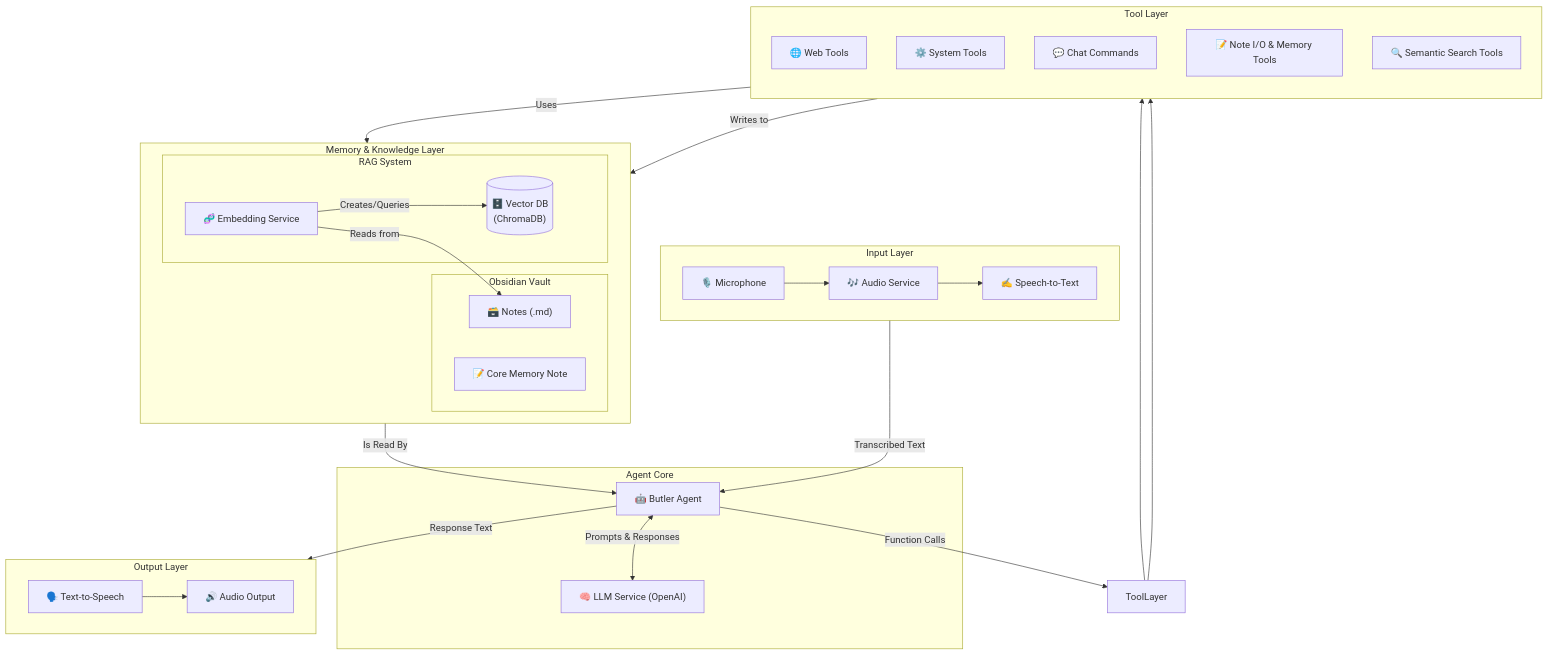
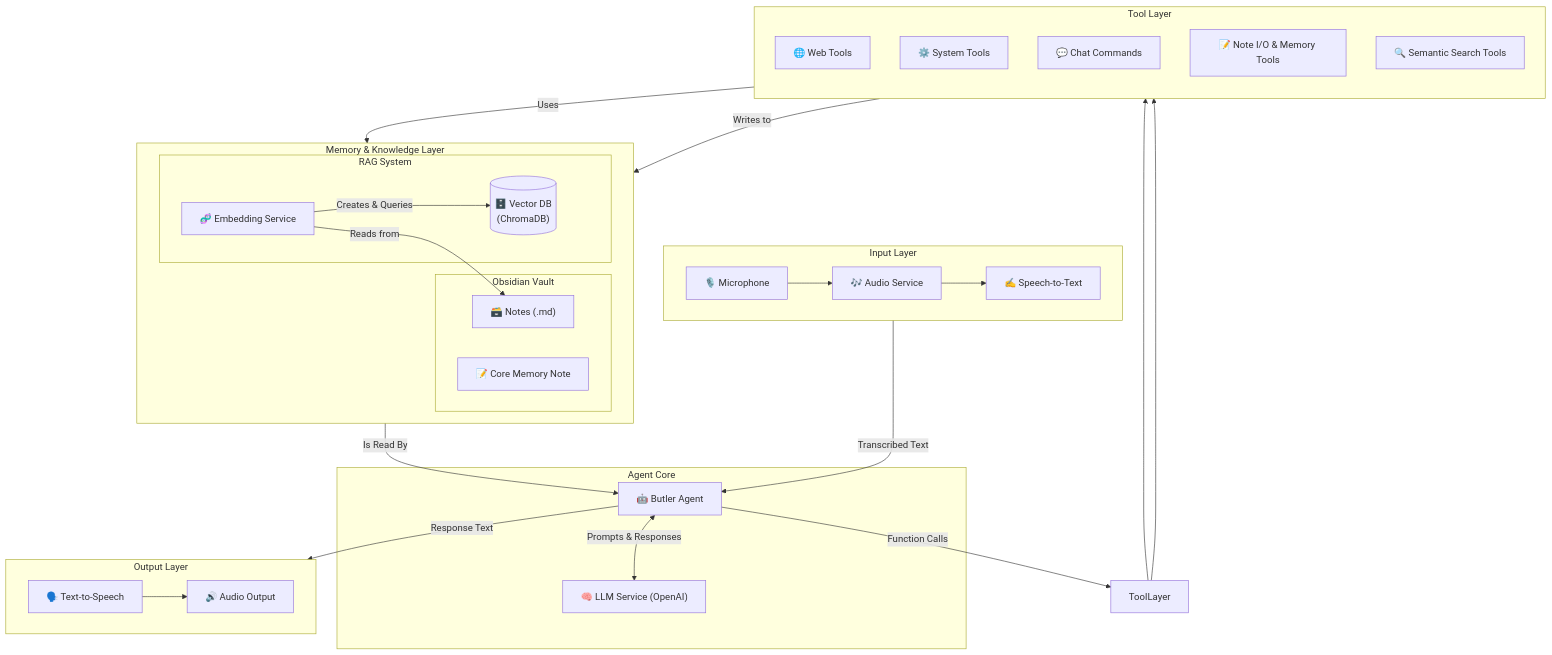
One commit to PetarKing/butler-assistant changed the diagram in README.md. Above: the diagram before and after it, drawn with Mermaid.

Commit message:
ReadMe misc fix

````diff
--- a/README.md
+++ b/README.md
@@ -266,52 +266,52 @@
 ```mermaid
 graph TD
     subgraph "Input Layer"
         direction LR
         Mic["🎙️ Microphone"] --> AudioService["🎶 Audio Service"]
         AudioService --> STT["✍️ Speech-to-Text"]
     end
 
     subgraph "Agent Core"
         ButlerAgent["🤖 Butler Agent"]
         LLM["🧠 LLM Service (OpenAI)"]
         ButlerAgent <-->|Prompts & Responses| LLM
     end
 
     subgraph "Memory & Knowledge Layer"
         direction LR
         subgraph "Obsidian Vault"
             ObsidianFiles["🗃️ Notes (.md)"]
             CoreMemoryNote["📝 Core Memory Note"]
         end
         subgraph "RAG System"
             EmbeddingService["🧬 Embedding Service"]
             VectorDB[("🗄️ Vector DB<br>(ChromaDB)")]
         end
-        EmbeddingService -- Creates/Queries --> VectorDB
+        EmbeddingService -- Creates & Queries --> VectorDB
         EmbeddingService -- Reads from --> ObsidianFiles
     end
 
     subgraph "Tool Layer"
         direction TB
         WebTools["🌐 Web Tools"]
         SystemTools["⚙️ System Tools"]
         ChatTools["💬 Chat Commands"]
         ObsidianTools["📝 Note I/O & Memory Tools"]
         RAGTools["🔍 Semantic Search Tools"]
     end
 
     subgraph "Output Layer"
         direction LR
         TTS["🗣️ Text-to-Speech"] --> Speaker["🔊 Audio Output"]
     end
 
     %% Connections
     STT -->|Transcribed Text| ButlerAgent
     CoreMemoryNote -- Is Read By --> ButlerAgent
     ButlerAgent -->|Function Calls| ToolLayer
     ToolLayer --> RAGTools
     RAGTools -- Uses --> EmbeddingService
     ToolLayer --> ObsidianTools
     ObsidianTools -- Writes to --> ObsidianFiles
     ButlerAgent -->|Response Text| TTS
 ```
````
